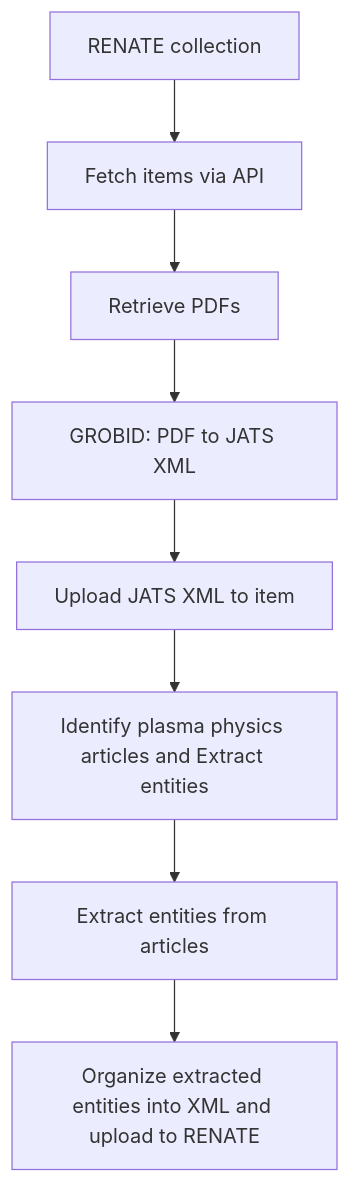
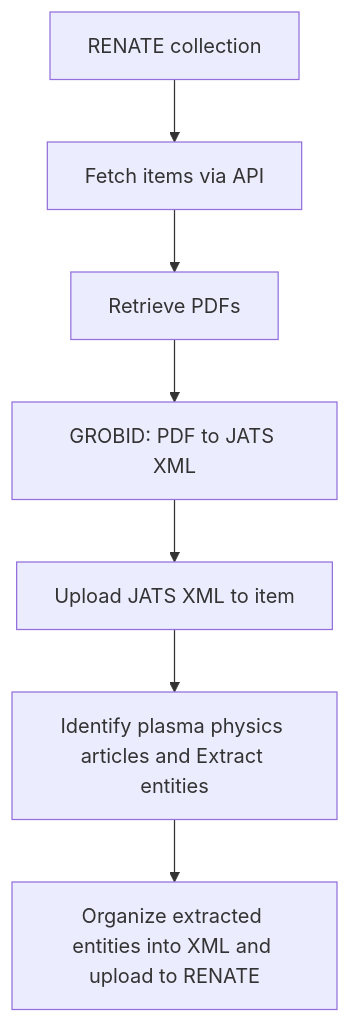
One commit to Mehr-OA/PDF-to-XML changed the diagram in README.md. Above: the diagram before and after it, drawn with Mermaid.

````diff
--- a/README.md
+++ b/README.md
@@ -16,10 +16,9 @@
 ```mermaid
 flowchart TD
     A[RENATE collection] --> B[Fetch items via API]
     B --> C[Retrieve PDFs]
     C --> D[GROBID: PDF to JATS XML]
     D --> E[Upload JATS XML to item]
     E --> F[Identify plasma physics articles and Extract entities]
-    F --> G[Extract entities from articles]
-    G --> H[Organize extracted entities into XML and upload to RENATE]
+    F --> G[Organize extracted entities into XML and upload to RENATE]
 ```
````
